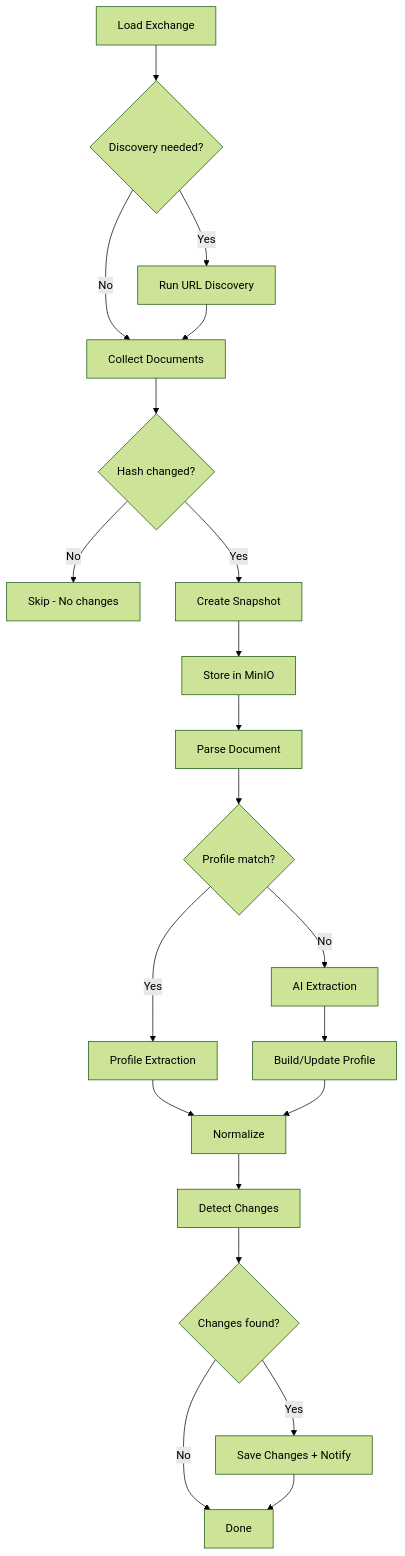
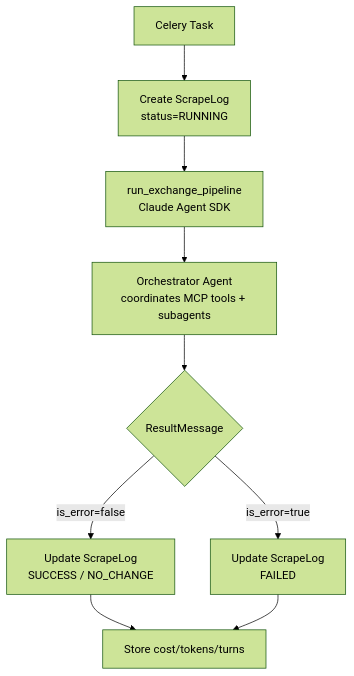
The fourth of 4 diagrams in docs/wiki/Worker-Architecture.md (seoyds/exnot), drawn with Mermaid (forest theme) before and after one commit. The commit also changed other lines of this file and 11 other files, not shown here.

First line of the commit message:
docs: update wiki to reflect Claude Agent SDK migration

````diff
--- a/docs/wiki/Worker-Architecture.md
+++ b/docs/wiki/Worker-Architecture.md
@@ -157,23 +157,11 @@
 ```mermaid
 graph TD
-    A[Load Exchange] --> B{Discovery needed?}
-    B -->|Yes| C[Run URL Discovery]
-    B -->|No| D[Collect Documents]
-    C --> D
-    D --> E{Hash changed?}
-    E -->|No| F[Skip - No changes]
-    E -->|Yes| G[Create Snapshot]
-    G --> H[Store in MinIO]
-    H --> I[Parse Document]
-    I --> J{Profile match?}
-    J -->|Yes| K[Profile Extraction]
-    J -->|No| L[AI Extraction]
-    K --> M[Normalize]
-    L --> N[Build/Update Profile]
-    N --> M
-    M --> O[Detect Changes]
-    O --> P{Changes found?}
-    P -->|Yes| Q[Save Changes + Notify]
-    P -->|No| R[Done]
-    Q --> R
+    A[Celery Task] --> B[Create ScrapeLog<br/>status=RUNNING]
+    B --> C[run_exchange_pipeline<br/>Claude Agent SDK]
+    C --> D[Orchestrator Agent<br/>coordinates MCP tools + subagents]
+    D --> E{ResultMessage}
+    E -->|is_error=false| F[Update ScrapeLog<br/>SUCCESS / NO_CHANGE]
+    E -->|is_error=true| G[Update ScrapeLog<br/>FAILED]
+    F --> H[Store cost/tokens/turns]
+    G --> H
 ```
````
